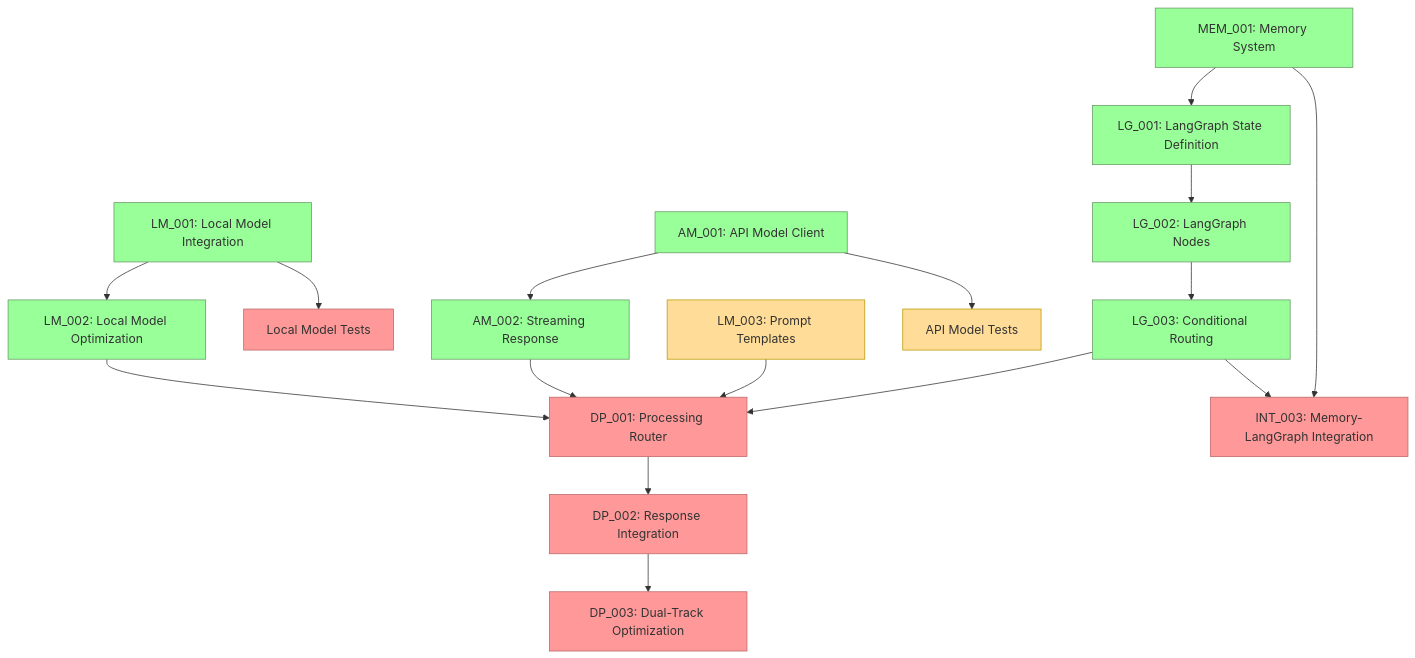
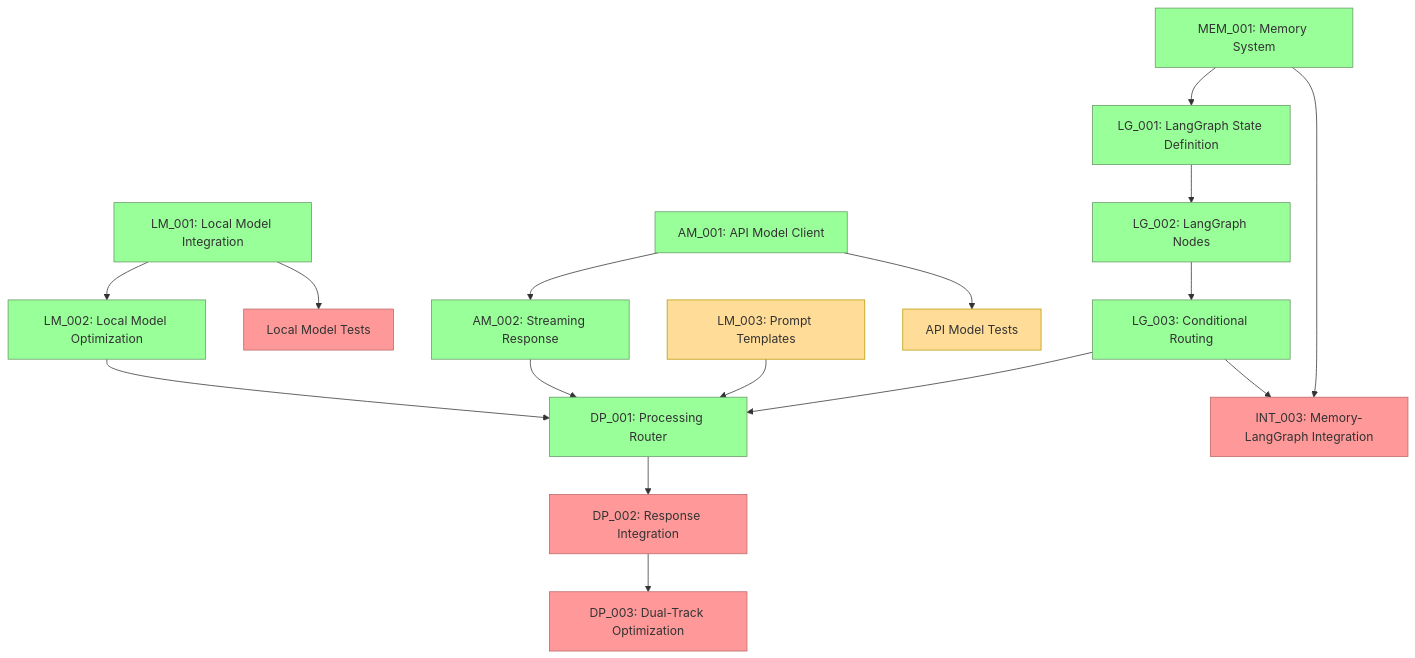
Before and after one commit to vigil-313/VANTA-ALPHA: the diagram in SESSION_STATE.md, drawn with Mermaid. The commit also changed other lines of this file and 13 other files, not shown here.

````diff
--- a/SESSION_STATE.md
+++ b/SESSION_STATE.md
@@ -296,35 +316,35 @@
 ```mermaid
 graph TD
     %% Core Components with Status
     LM001[LM_001: Local Model Integration] --> LM002[LM_002: Local Model Optimization]
     
     AM001[AM_001: API Model Client] --> AM002[AM_002: Streaming Response]
     
     MEM001[MEM_001: Memory System] --> LG001[LG_001: LangGraph State Definition]
     LG001 --> LG002[LG_002: LangGraph Nodes]
     LG002 --> LG003[LG_003: Conditional Routing]
     
     LM002 & AM002 & LG003 --> DP001[DP_001: Processing Router]
     
     LM003[LM_003: Prompt Templates] --> DP001
     
     %% Integration path
     DP001 --> DP002[DP_002: Response Integration]
     DP002 --> DP003[DP_003: Dual-Track Optimization]
     
     %% Memory-LangGraph Integration
     LG003 & MEM001 --> INT003[INT_003: Memory-LangGraph Integration]
     
     %% Testing
     LM001 --> LMTest[Local Model Tests]
     AM001 --> AMTest[API Model Tests]
     
     %% Status styling
     classDef completed fill:#9f9,stroke:#696,stroke-width:1px
     classDef inprogress fill:#fd9,stroke:#b90,stroke-width:1px
     classDef notstarted fill:#f99,stroke:#b66,stroke-width:1px
     
-    class LM001,AM001,MEM001,LM002,AM002,LG001,LG002,LG003 completed
+    class LM001,AM001,MEM001,LM002,AM002,LG001,LG002,LG003,DP001 completed
     class LM003,AMTest inprogress
-    class INT003,LMTest,DP001,DP002,DP003 notstarted
+    class INT003,LMTest,DP002,DP003 notstarted
 ```
````
